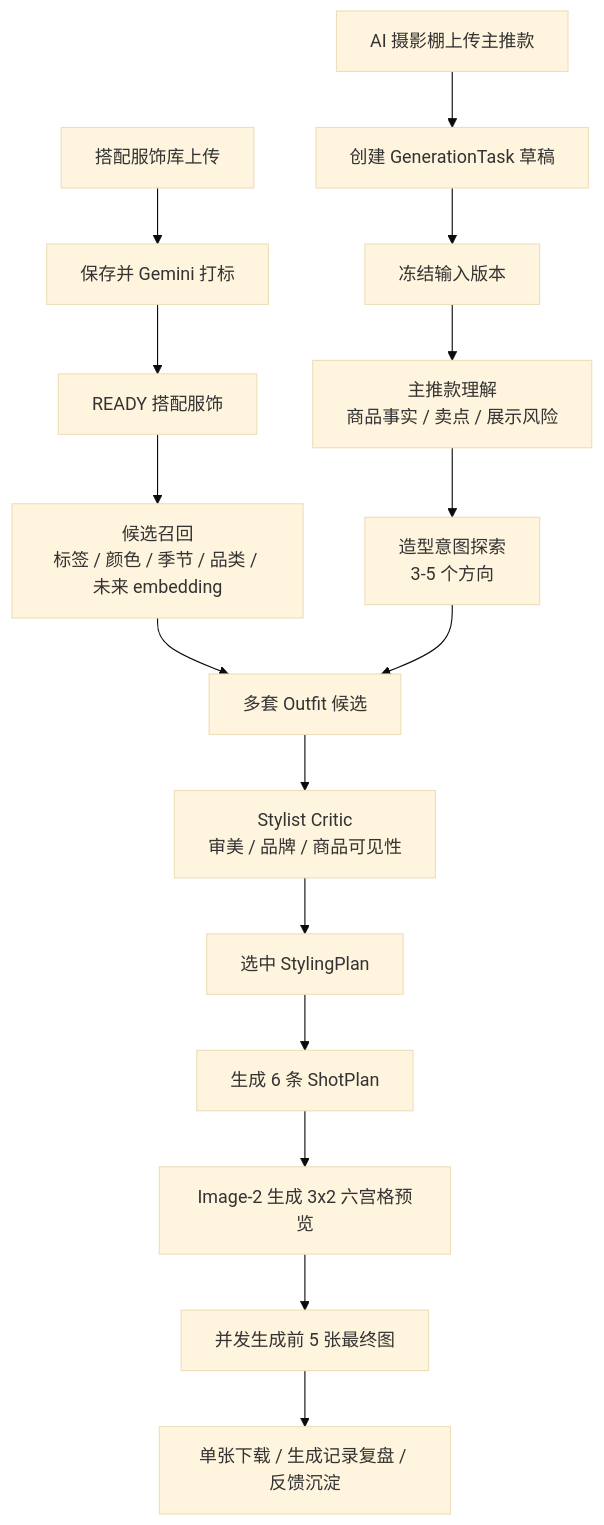
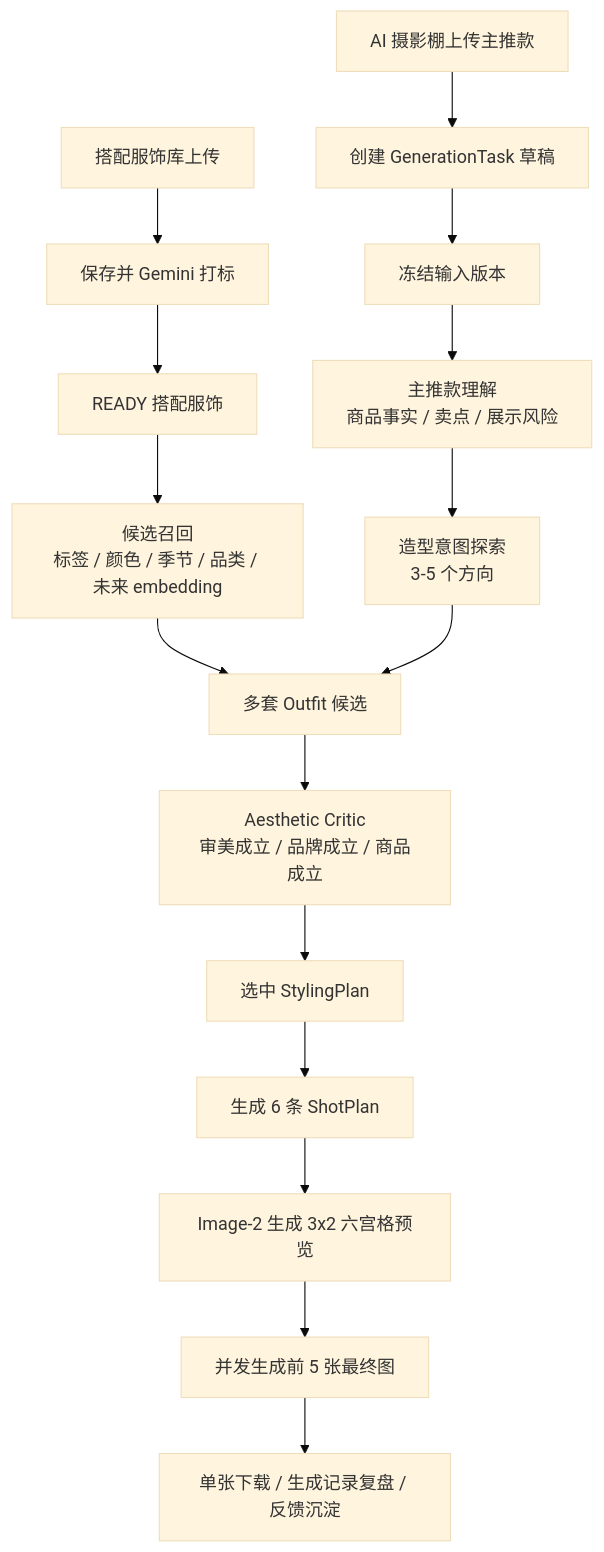
One commit to happyvchen/ruyi-dream changed the diagram in design/01_generation_flow/generation_flow.md. Above: the diagram before and after it, drawn with Mermaid (base theme). The commit also changed other lines of this file and 20 other files, not shown here.

First line of the commit message:
[codex] Document AI Stylist aesthetic quality gate (#30)

````diff
--- a/design/01_generation_flow/generation_flow.md
+++ b/design/01_generation_flow/generation_flow.md
@@ -7,18 +7,18 @@
 ```mermaid
 flowchart TD
   A["搭配服饰库上传"] --> B["保存并 Gemini 打标"]
   B --> C["READY 搭配服饰"]
   D["AI 摄影棚上传主推款"] --> E["创建 GenerationTask 草稿"]
   E --> F["冻结输入版本"]
   C --> G["候选召回<br/>标签 / 颜色 / 季节 / 品类 / 未来 embedding"]
   F --> H["主推款理解<br/>商品事实 / 卖点 / 展示风险"]
   H --> I["造型意图探索<br/>3-5 个方向"]
   G --> J["多套 Outfit 候选"]
   I --> J
-  J --> K["Stylist Critic<br/>审美 / 品牌 / 商品可见性"]
+  J --> K["Aesthetic Critic<br/>审美成立 / 品牌成立 / 商品成立"]
   K --> L["选中 StylingPlan"]
   L --> M["生成 6 条 ShotPlan"]
   M --> N["Image-2 生成 3x2 六宫格预览"]
   N --> O["并发生成前 5 张最终图"]
   O --> P["单张下载 / 生成记录复盘 / 反馈沉淀"]
 ```
````
